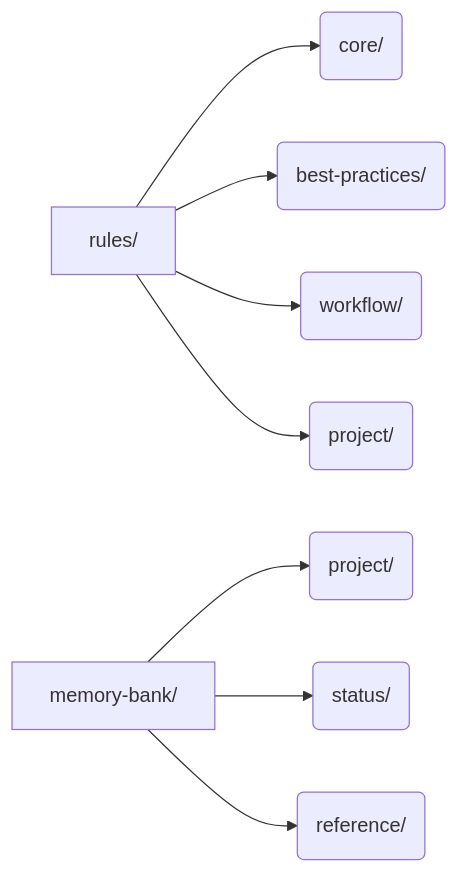
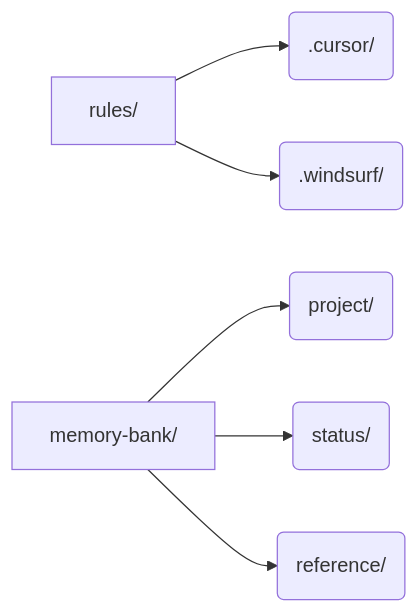
The first of 2 diagrams in README.md (Pinnacle-Solutions-Group/llm-memory-bank), drawn with Mermaid before and after one commit. The commit also changed other lines of this file, not shown here.

Commit message:
docs: update README.md to reflect new rule directory structure - Change references from `rules/` to specific platform directories `.cursor` and `.windsurf`. - Clarify instructions for custom workflows to include new paths for rule modifications.

````diff
--- a/README.md
+++ b/README.md
@@ -22,10 +22,8 @@
 ```mermaid
 graph LR
-    A[rules/] --> B(core/)
-    A --> C(best-practices/)
-    A --> D(workflow/)
-    A --> E(project/)
+    A[rules/] --> B(.cursor/)
+    A --> C(.windsurf/)
     F[memory-bank/] --> G(project/)
     F --> H(status/)
     F --> I(reference/)
 ```
````
